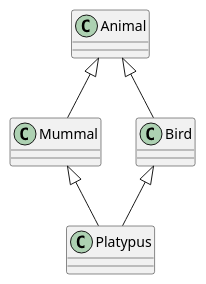
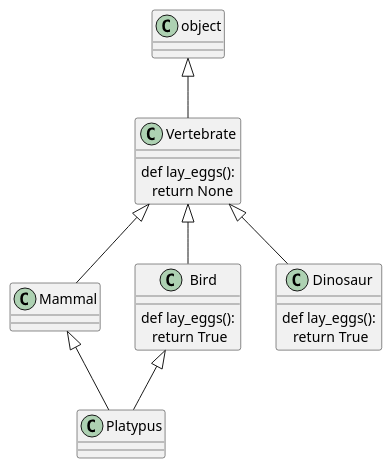
The diagram in _includes/src/diamond_uml.puml (andgineer/sorokin.engineer), drawn with PlantUML before and after one commit. The commit also changed 23 other files, not shown here.

```diff
--- a/_includes/src/diamond_uml.puml
+++ b/_includes/src/diamond_uml.puml
@@ -1,11 +1,22 @@
 @startuml
-class Animal
-class Mummal
-class Bird
+
+class object
+class Vertebrate {
+    def lay_eggs():\n   return None
+}
+class Mammal
+class Bird {
+    def lay_eggs():\n   return True
+}
+class Dinosaur {
+    def lay_eggs():\n   return True
+}
 class Platypus
-Animal <|-- Mummal
-Animal <|-- Bird
+object <|-- Vertebrate
+Vertebrate <|-- Mammal
+Vertebrate <|-- Bird
+Vertebrate <|-- Dinosaur
 Bird <|-- Platypus
-Mummal <|-- Platypus
+Mammal <|-- Platypus
 
 @enduml
```
